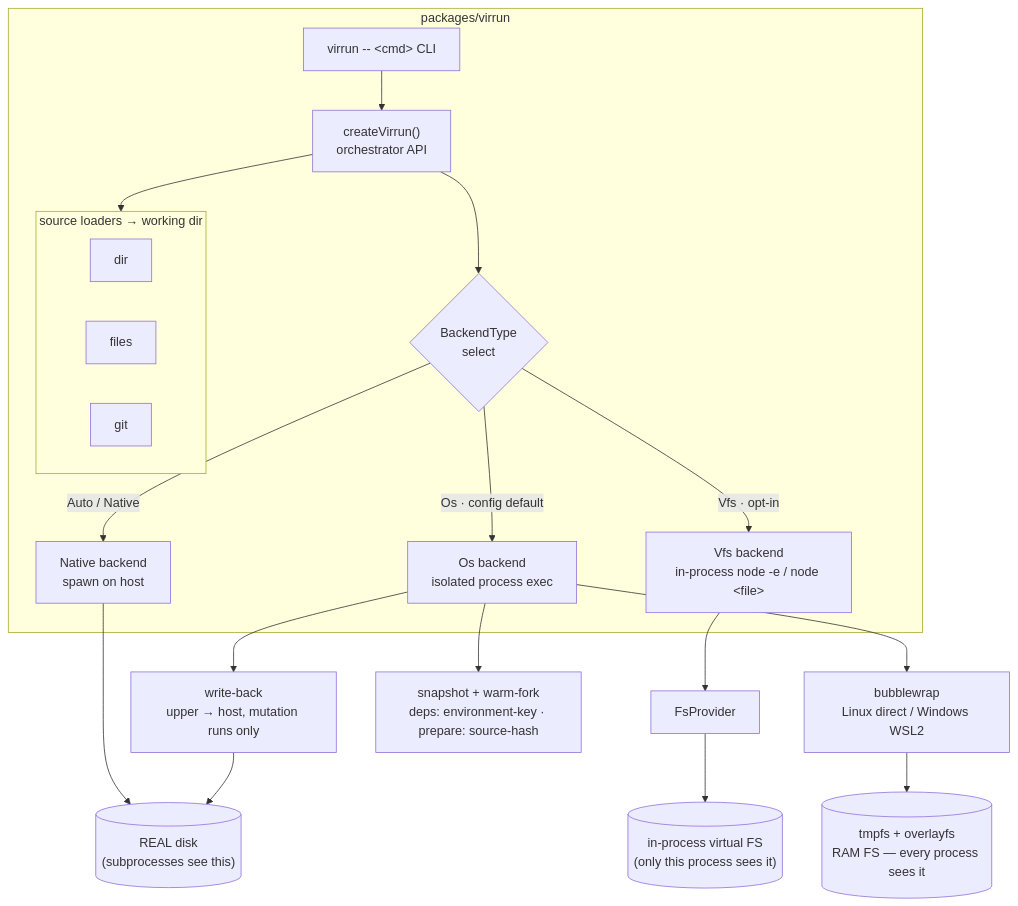
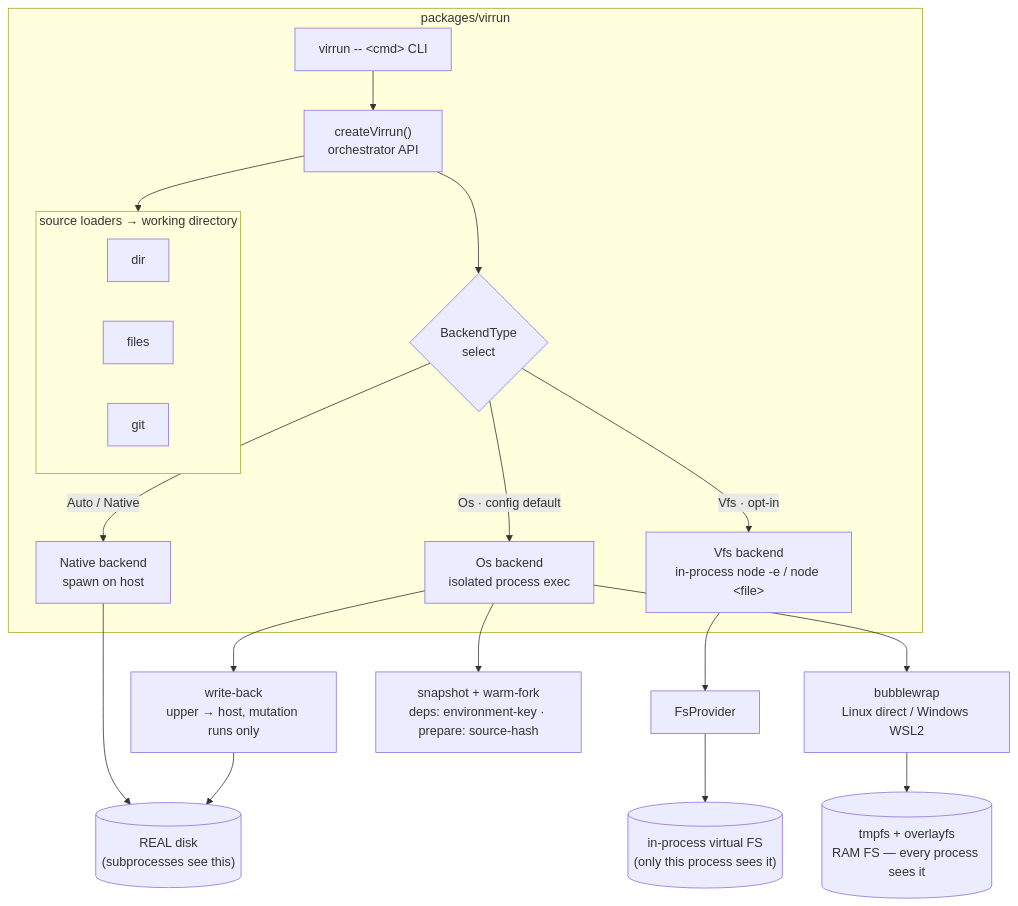
Before and after one commit to Esposter/Esposter: the diagram in apps/web/content/docs/virrun/architecture.md, drawn with Mermaid. The commit also changed 159 other files, not shown here.

First line of the commit message:
refactor(virrun)!: spell Directory in every identifier that said Dir

````diff
--- a/apps/web/content/docs/virrun/architecture.md
+++ b/apps/web/content/docs/virrun/architecture.md
@@ -12,30 +12,30 @@
 ```mermaid
 flowchart TB
     subgraph pkg["packages/virrun"]
         cli["virrun -- &lt;cmd&gt; CLI"]
         api["createVirrun()<br/>orchestrator API"]
         cli --> api
 
-        subgraph src["source loaders → working dir"]
+        subgraph src["source loaders → working directory"]
             direction LR
-            dir["dir"]
+            directory["dir"]
             files["files"]
             git["git"]
         end
         api --> src
 
         api --> pick{"BackendType<br/>select"}
         pick -->|Auto / Native| native["Native backend<br/>spawn on host"]
         pick -->|Vfs · opt-in| vfs["Vfs backend<br/>in-process node -e / node &lt;file&gt;"]
         pick -->|Os · config default| os["Os backend<br/>isolated process exec"]
     end
 
     native --> disk[("REAL disk<br/>(subprocesses see this)")]
     vfs --> fsp["FsProvider"]
     fsp --> vmem[("in-process virtual FS<br/>(only this process sees it)")]
     os --> sandboxprim["bubblewrap<br/>Linux direct / Windows WSL2"]
     sandboxprim --> ram[("tmpfs + overlayfs<br/>RAM FS — every process sees it")]
     os --> snap["snapshot + warm-fork<br/>deps: environment-key · prepare: source-hash"]
     os --> wb["write-back<br/>upper → host, mutation runs only"]
     wb --> disk
 ```
````
